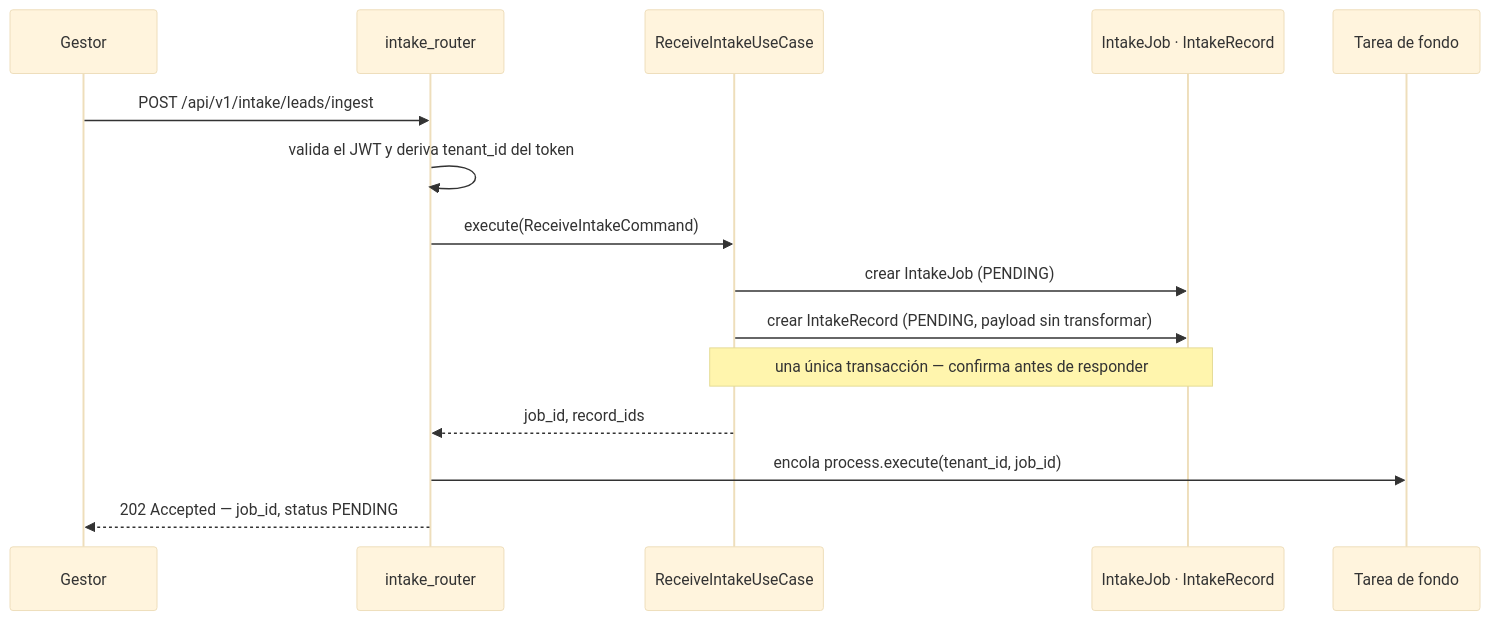
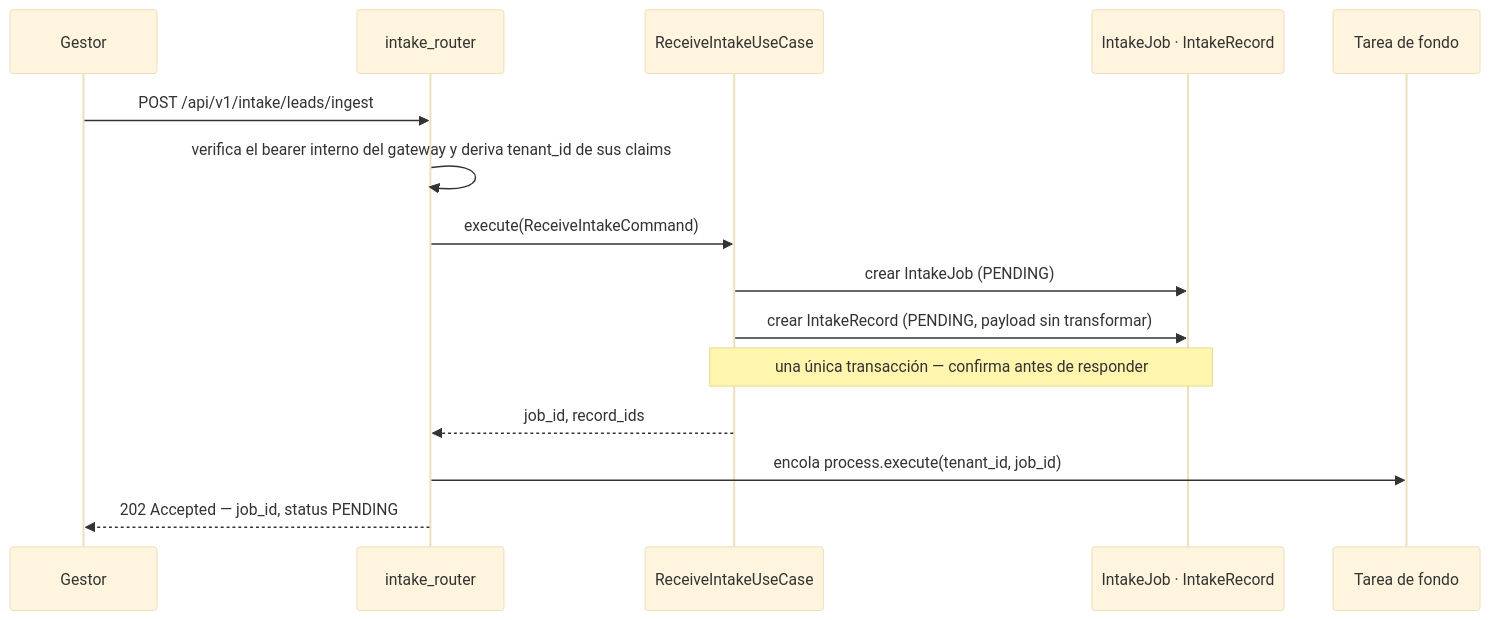
The first of 2 diagrams in docs/content/arquitectura/recorrido-de-un-lead.md (MDCIrony/leads-hexa), drawn with Mermaid (base theme) before and after one commit. The commit also changed 13 other files, not shown here.

````diff
--- a/docs/content/arquitectura/recorrido-de-un-lead.md
+++ b/docs/content/arquitectura/recorrido-de-un-lead.md
@@ -13,18 +13,18 @@
 ```mermaid
 sequenceDiagram
     participant Gestor
     participant Router as intake_router
     participant Caso as ReceiveIntakeUseCase
     participant BD as IntakeJob · IntakeRecord
     participant Fondo as Tarea de fondo
 
     Gestor->>Router: POST /api/v1/intake/leads/ingest
-    Router->>Router: valida el JWT y deriva tenant_id del token
+    Router->>Router: verifica el bearer interno del gateway y deriva tenant_id de sus claims
     Router->>Caso: execute(ReceiveIntakeCommand)
     Caso->>BD: crear IntakeJob (PENDING)
     Caso->>BD: crear IntakeRecord (PENDING, payload sin transformar)
     Note over Caso,BD: una única transacción — confirma antes de responder
     Caso-->>Router: job_id, record_ids
     Router->>Fondo: encola process.execute(tenant_id, job_id)
     Router-->>Gestor: 202 Accepted — job_id, status PENDING
 ```
````
